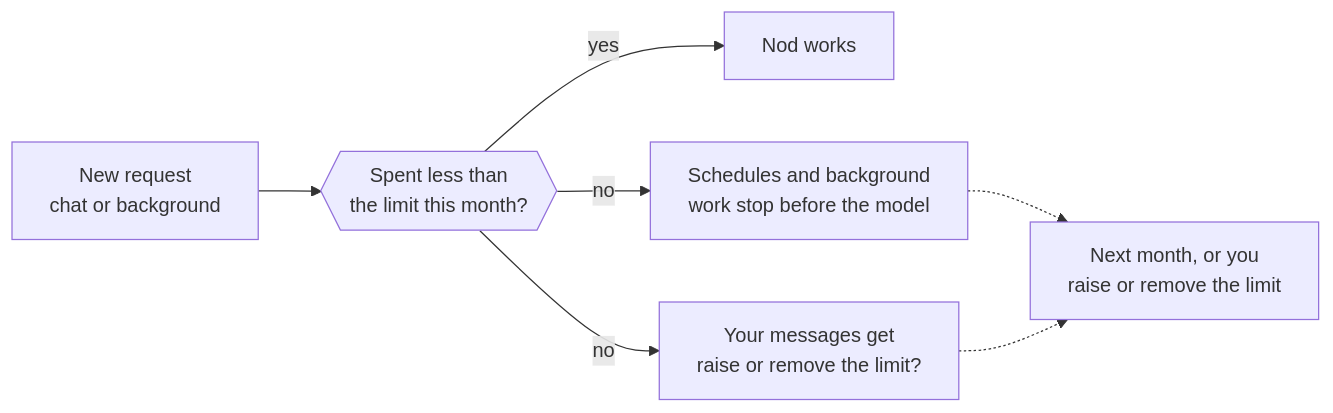
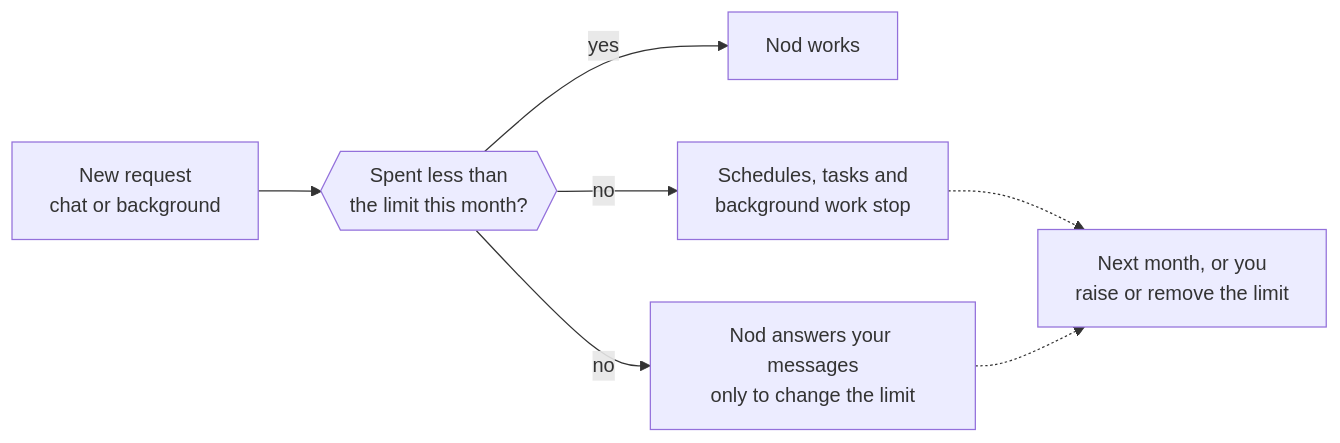
Before and after one commit to n8n-io/nod: the diagram in docs/src/content/docs/use/spending.md, drawn with Mermaid. The commit also changed other lines of this file and 6 other files, not shown here.

````diff
--- a/docs/src/content/docs/use/spending.md
+++ b/docs/src/content/docs/use/spending.md
@@ -57,9 +57,9 @@
 ```mermaid
 flowchart LR
   req[New request<br/>chat or background]:::accent --> check{{Spent less than<br/>the limit this month?}}
   check -- yes --> run[Nod works]:::go
-  check -- no --> stop[Schedules and background<br/>work stop before the model]:::stop
-  check -- no --> ask[Your messages get<br/>raise or remove the limit?]:::muted
+  check -- no --> stop[Schedules, tasks and<br/>background work stop]:::stop
+  check -- no --> ask[Nod answers your messages<br/>only to change the limit]:::muted
   stop -.-> lift[Next month, or you<br/>raise or remove the limit]:::muted
   ask -.-> lift
 ```
````
